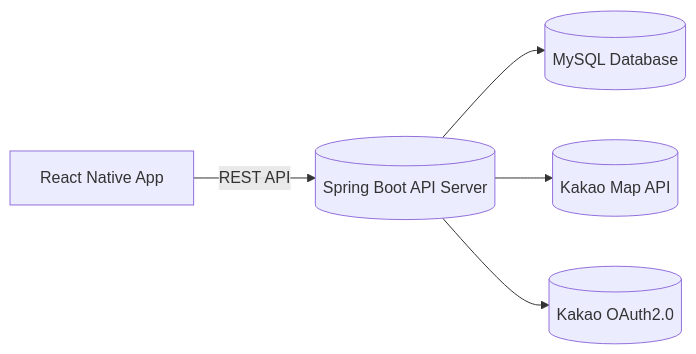
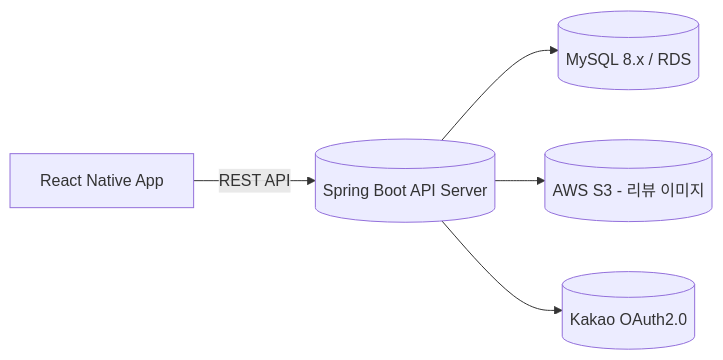
Before and after one commit to Us-Fit/Us-Fit-BE: the diagram in README.md, drawn with Mermaid. The commit also changed other lines of this file, not shown here.

````diff
--- a/README.md
+++ b/README.md
@@ -96,7 +140,7 @@
 ```mermaid
 graph LR
   UserApp[React Native App] -->|REST API| Backend[(Spring Boot API Server)]
-  Backend --> DB[(MySQL Database)]
-  Backend --> KakaoMap[(Kakao Map API)]
-  Backend --> KakaoLogin[(Kakao OAuth2.0)]
+  Backend --> DB[(MySQL 8.x / RDS)]
+  Backend --> S3[(AWS S3 - 리뷰 이미지)]
+  Backend --> Kakao[(Kakao OAuth2.0)]
 ```
````
